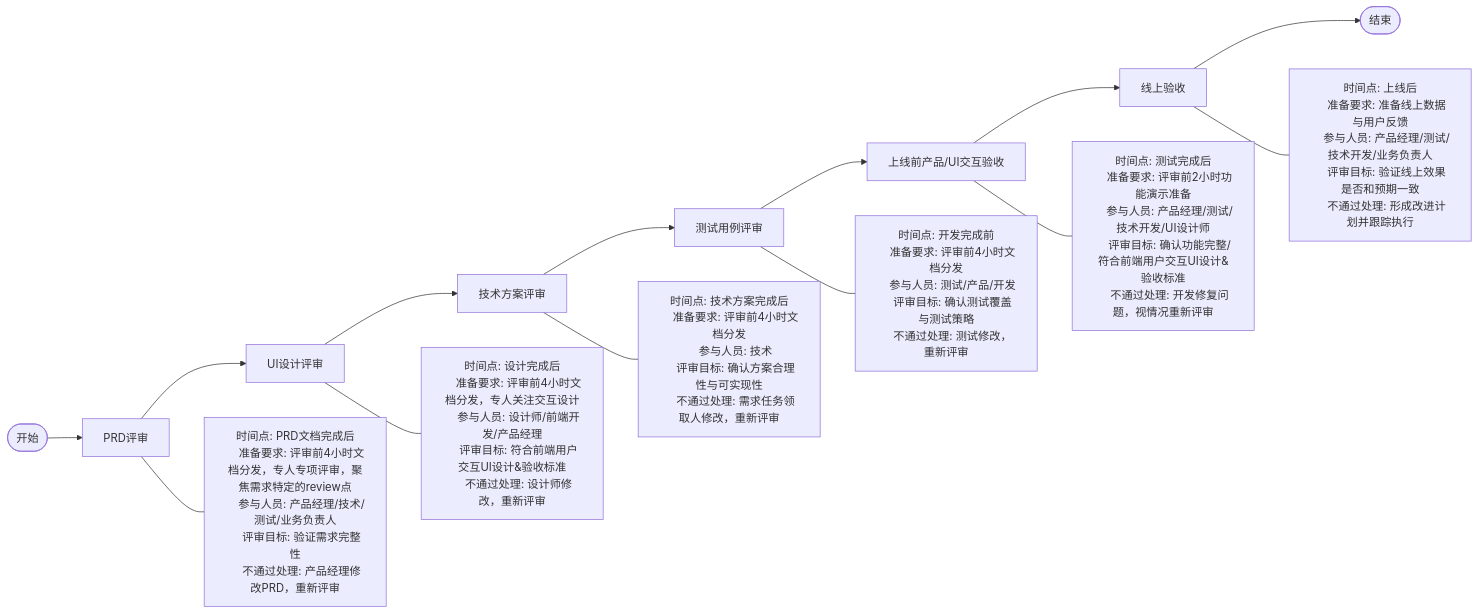
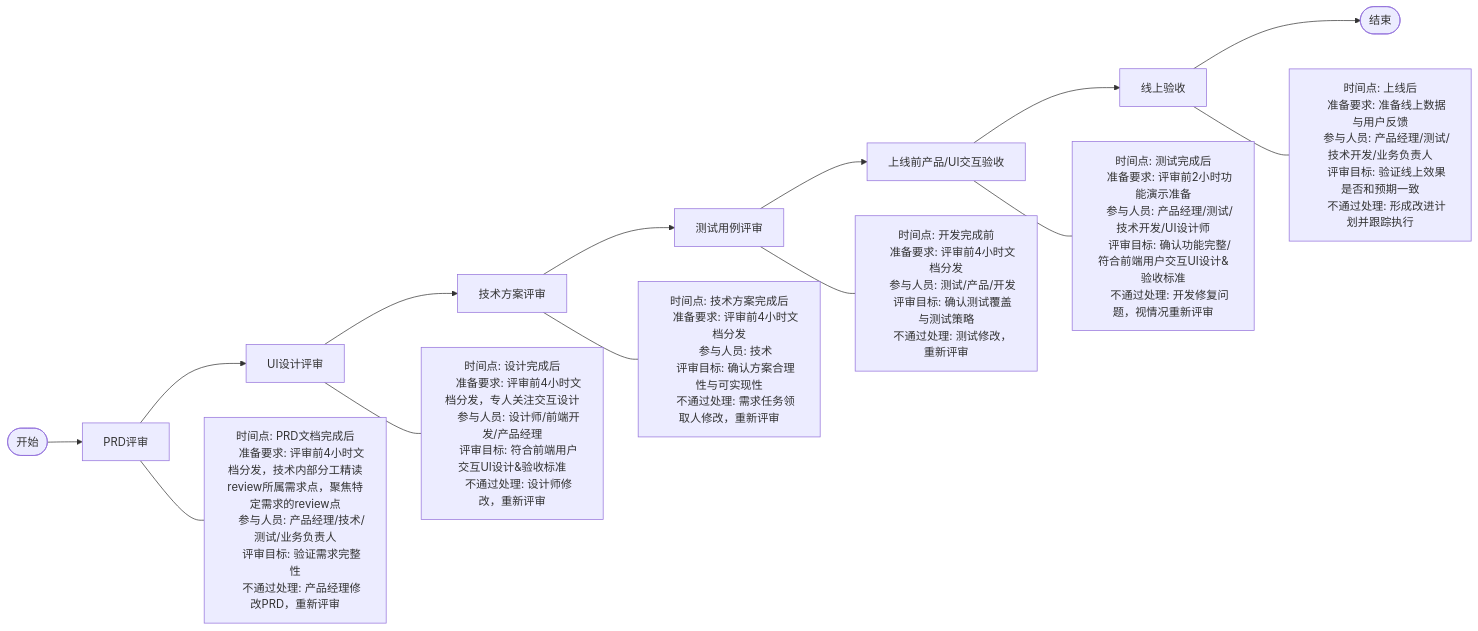
One commit to Taskon-xyz/PR changed the first of 11 diagrams in 开发流程图.md. Above: the diagram before and after it, drawn with Mermaid. The commit also changed other lines of this file and 3 other files, not shown here.

````diff
--- a/开发流程图.md
+++ b/开发流程图.md
@@ -5,47 +5,47 @@
 ```mermaid
 flowchart LR
     Start([开始]) --> PRD[PRD评审]
     PRD --> UI[UI设计评审]
     UI --> Tech[技术方案评审]
     Tech --> Test[测试用例评审]
     Test --> Launch[上线前产品/UI交互验收]
     Launch --> Online[线上验收]
     Online --> End([结束])
   
   
     PRD --- PRD_Info["时间点: PRD文档完成后
-    准备要求: 评审前4小时文档分发，专人专项评审，聚焦需求特定的review点
+    准备要求: 评审前4小时文档分发，技术内部分工精读review所属需求点，聚焦特定需求的review点
     参与人员: 产品经理/技术/测试/业务负责人
     评审目标: 验证需求完整性
     不通过处理: 产品经理修改PRD，重新评审"]
   
     UI --- UI_Info["时间点: 设计完成后
     准备要求: 评审前4小时文档分发，专人关注交互设计
     参与人员: 设计师/前端开发/产品经理
     评审目标: 符合前端用户交互UI设计&验收标准
     不通过处理: 设计师修改，重新评审"]
   
     Tech --- Tech_Info["时间点: 技术方案完成后
     准备要求: 评审前4小时文档分发
     参与人员: 技术
     评审目标: 确认方案合理性与可实现性
     不通过处理: 需求任务领取人修改，重新评审"]
   
     Test --- Test_Info["时间点: 开发完成前
     准备要求: 评审前4小时文档分发
     参与人员: 测试/产品/开发
     评审目标: 确认测试覆盖与测试策略
     不通过处理: 测试修改，重新评审"]
   
     Launch --- Launch_Info["时间点: 测试完成后
     准备要求: 评审前2小时功能演示准备
     参与人员: 产品经理/测试/技术开发/UI设计师
     评审目标: 确认功能完整/符合前端用户交互UI设计&验收标准
     不通过处理: 开发修复问题，视情况重新评审"]
   
     Online --- Online_Info["时间点: 上线后
     准备要求: 准备线上数据与用户反馈
     参与人员: 产品经理/测试/技术开发/业务负责人
     评审目标: 验证线上效果是否和预期一致
     不通过处理: 形成改进计划并跟踪执行"]
 ```
````
